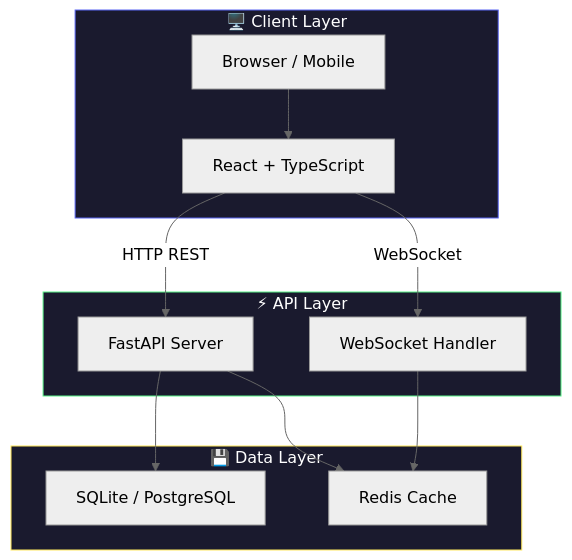
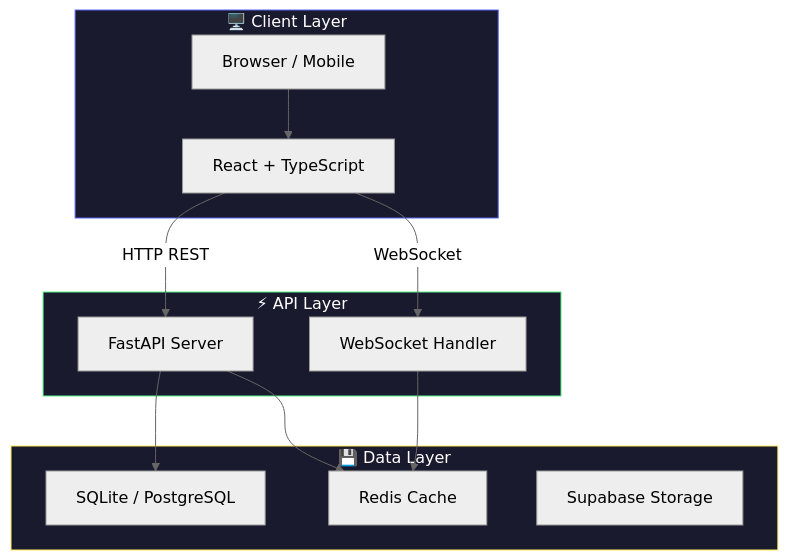
One commit to Maheshnath09/discord-clone changed the first of 5 diagrams in README.md. Above: the diagram before and after it, drawn with Mermaid (neutral theme). The commit also changed other lines of this file, not shown here.

Commit message:
docs: add Supabase Storage to tech stack in README

````diff
--- a/README.md
+++ b/README.md
@@ -53,28 +54,29 @@
 ```mermaid
 flowchart TB
     subgraph Client["🖥️ Client Layer"]
         Browser["Browser / Mobile"]
         React["React + TypeScript"]
     end
     
     subgraph API["⚡ API Layer"]
         FastAPI["FastAPI Server"]
         WebSocket["WebSocket Handler"]
     end
     
     subgraph Data["💾 Data Layer"]
         SQLite["SQLite / PostgreSQL"]
         Redis["Redis Cache"]
+        Supabase["Supabase Storage"]
     end
     
     Browser --> React
     React -->|HTTP REST| FastAPI
     React -->|WebSocket| WebSocket
     FastAPI --> SQLite
     FastAPI --> Redis
     WebSocket --> Redis
     
     style Client fill:#1a1a2e,stroke:#5865f2,color:#fff
     style API fill:#1a1a2e,stroke:#57F287,color:#fff
     style Data fill:#1a1a2e,stroke:#FEE75C,color:#fff
 ```
````
